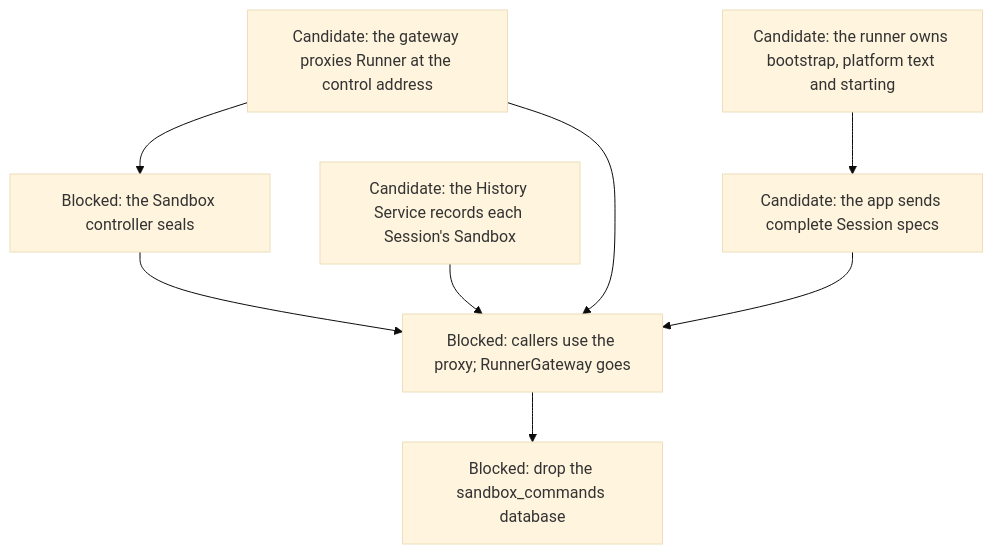
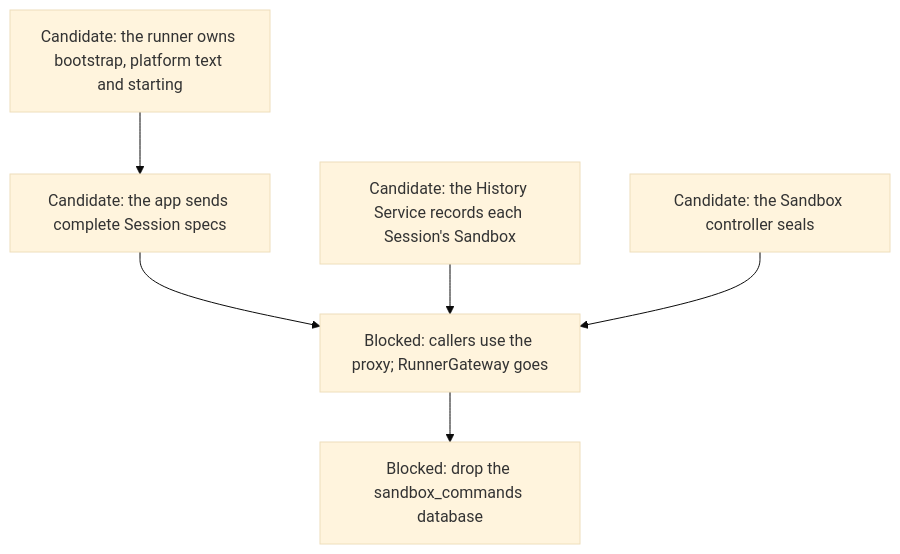
Diagram 15 of 15 in agentplane/plans/task_dag.md (agentydragon-agent/ducktape), drawn with Mermaid (base theme) before and after one commit. The commit also changed other lines of this file and 9 other files, not shown here.

````diff
--- a/agentplane/plans/task_dag.md
+++ b/agentplane/plans/task_dag.md
@@ -871,17 +871,14 @@
 ```mermaid
 flowchart TD
-    GATEWAY_RUNNER_PROXY[Candidate: the gateway proxies Runner at the control address]
     RUNNER_SESSION_LAUNCH[Candidate: the runner owns bootstrap, platform text and starting]
     APP_SESSION_DEFAULTS[Candidate: the app sends complete Session specs]
     HISTORY_SESSION_SANDBOX[Candidate: the History Service records each Session's Sandbox]
-    CONTROLLER_SEALS[Blocked: the Sandbox controller seals]
+    CONTROLLER_SEALS[Candidate: the Sandbox controller seals]
     GATEWAY_WRAPPER_RETIRE[Blocked: callers use the proxy; RunnerGateway goes]
     GATEWAY_DATABASE_DROP[Blocked: drop the sandbox_commands database]
-    GATEWAY_RUNNER_PROXY --> CONTROLLER_SEALS
-    GATEWAY_RUNNER_PROXY --> GATEWAY_WRAPPER_RETIRE
     RUNNER_SESSION_LAUNCH --> APP_SESSION_DEFAULTS
     APP_SESSION_DEFAULTS --> GATEWAY_WRAPPER_RETIRE
     HISTORY_SESSION_SANDBOX --> GATEWAY_WRAPPER_RETIRE
     CONTROLLER_SEALS --> GATEWAY_WRAPPER_RETIRE
     GATEWAY_WRAPPER_RETIRE --> GATEWAY_DATABASE_DROP
 ```
````
